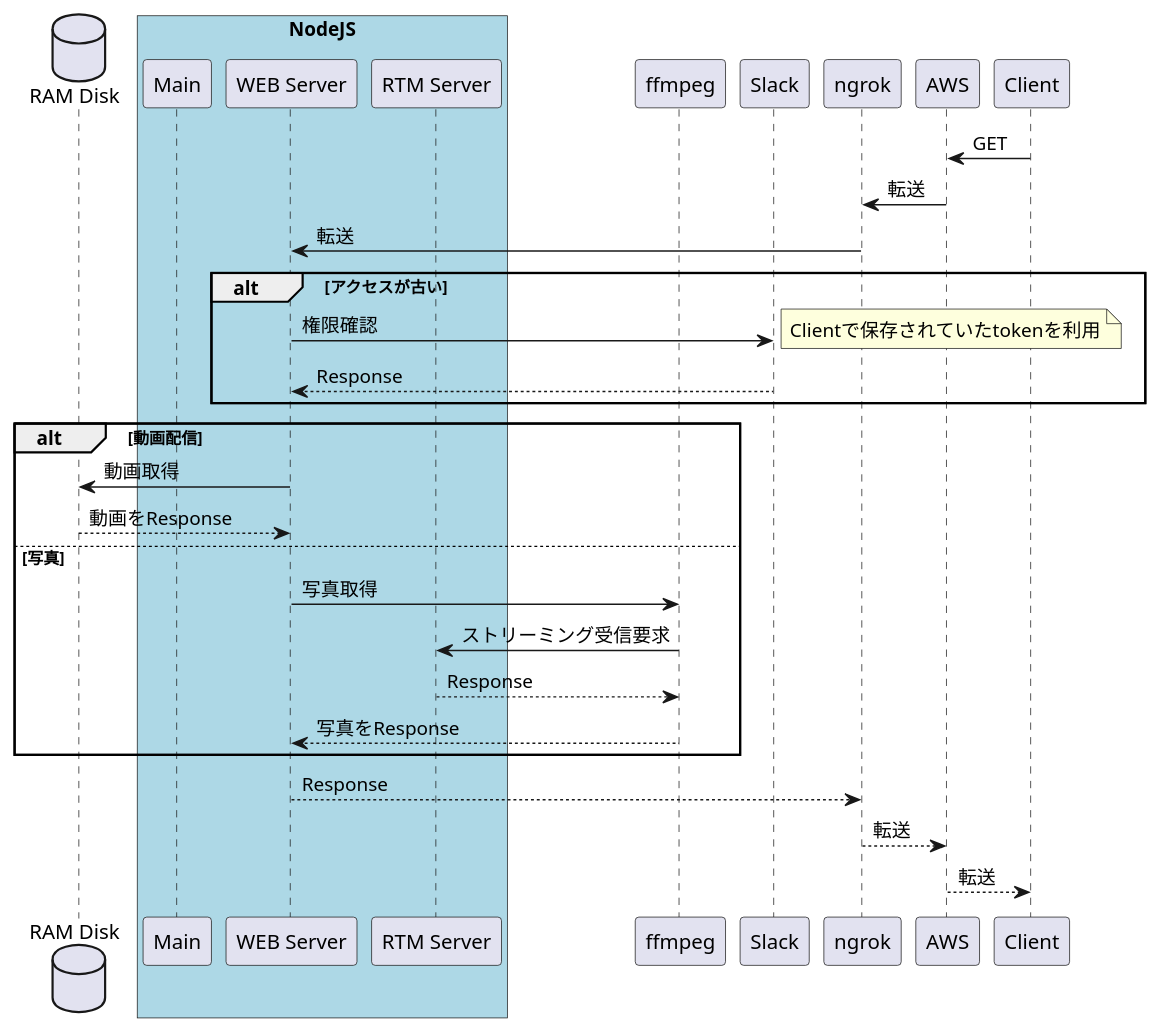
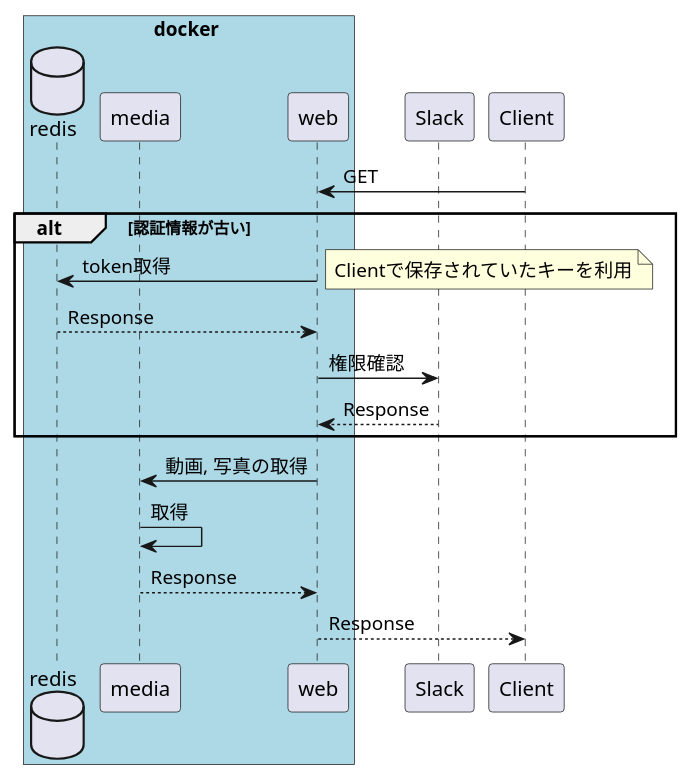
The diagram in docs/sequence/web.pu (ilim0t/bushitsuchan-PC), drawn with PlantUML before and after one commit. The commit also changed 7 other files, not shown here.

```diff
--- a/docs/sequence/web.pu
+++ b/docs/sequence/web.pu
@@ -1,41 +1,29 @@
 @startuml WEB
-database "RAM Disk"
 
-box "NodeJS" #LightBlue
-participant Main
-participant "WEB Server"
-participant "RTM Server"
+box docker #LightBlue
+database redis
+participant media
+participant web
 end box
 
-participant ffmpeg
 participant Slack
-participant ngrok
-participant AWS
-
 participant Client
 
-Client -> AWS : GET
-AWS -> ngrok : 転送
-ngrok -> "WEB Server" : 転送
+Client -> web : GET
 
-alt アクセスが古い
-	"WEB Server" -> Slack: 権限確認
-	note right: Clientで保存されていたtokenを利用
+alt 認証情報が古い
+	web -> redis: token取得
+	note right: Clientで保存されていたキーを利用
 
-	Slack --> "WEB Server": Response
+	redis --> web: Response
+	web -> Slack: 権限確認
+
+	Slack --> web: Response
 end
 
-alt 動画配信
-	"WEB Server" -> "RAM Disk": 動画取得
-	"RAM Disk" --> "WEB Server": 動画をResponse
-else 写真
-	"WEB Server" -> ffmpeg: 写真取得
-	ffmpeg -> "RTM Server" : ストリーミング受信要求
-	"RTM Server" --> ffmpeg : Response
-	ffmpeg --> "WEB Server": 写真をResponse
-end
+web -> media: 動画, 写真の取得
+media -> media: 取得
+media --> web: Response
 
-"WEB Server" --> ngrok : Response
-ngrok --> AWS : 転送
-AWS --> Client : 転送
+web --> Client : Response
 @enduml
```
